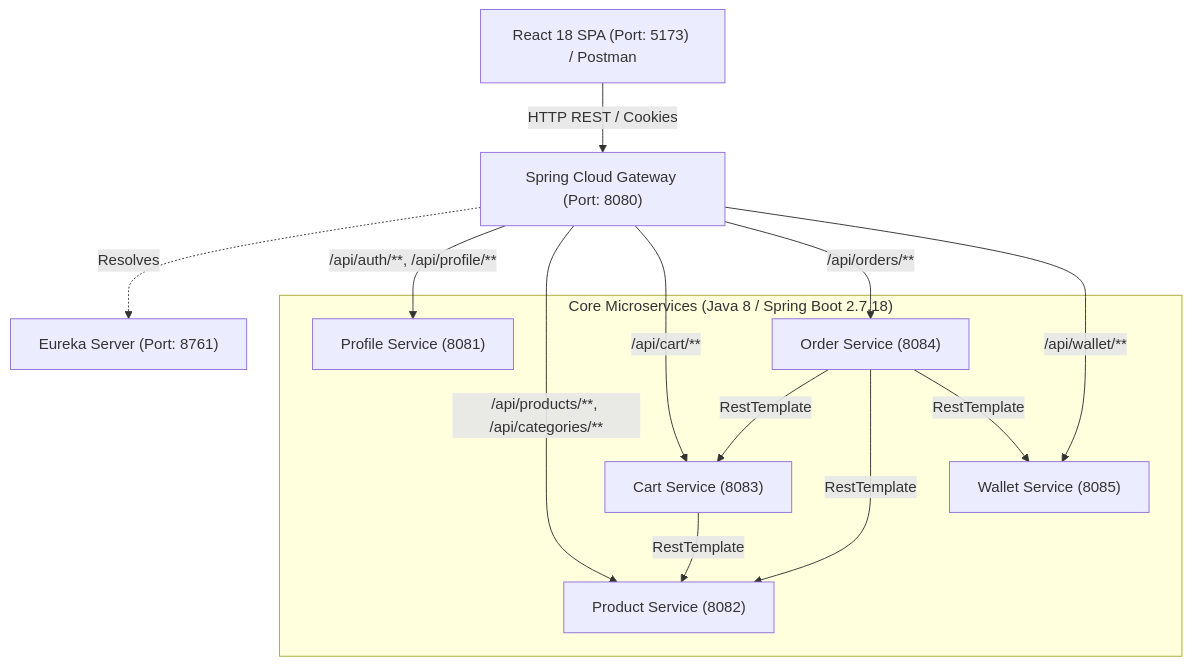
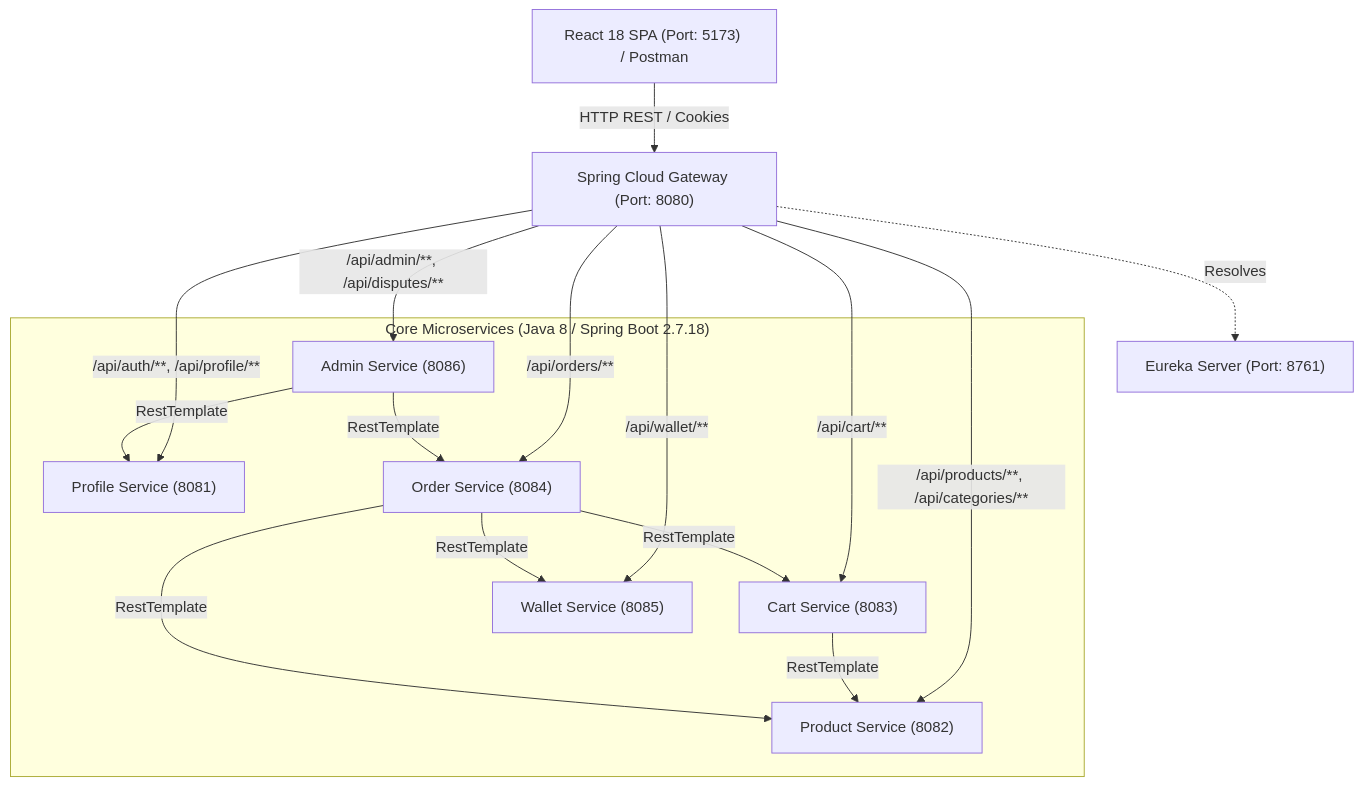
The diagram in README.md (varshinijayaprabhu/E_Shopping_Zone), drawn with Mermaid before and after one commit. The commit also changed other lines of this file and 105 other files, not shown here.

````diff
--- a/README.md
+++ b/README.md
@@ -56,28 +57,32 @@
 ```mermaid
 graph TD
     Client["React 18 SPA (Port: 5173) / Postman"]
     Gateway["Spring Cloud Gateway (Port: 8080)"]
     Eureka["Eureka Server (Port: 8761)"]
 
     Gateway -.->|Resolves| Eureka
 
     subgraph Microservices ["Core Microservices (Java 8 / Spring Boot 2.7.18)"]
         Profile["Profile Service (8081)"]
         Product["Product Service (8082)"]
         Cart["Cart Service (8083)"]
         Order["Order Service (8084)"]
         Wallet["Wallet Service (8085)"]
+        Admin["Admin Service (8086)"]
     end
 
     Client -->|HTTP REST / Cookies| Gateway
     Gateway -->|/api/auth/**, /api/profile/**| Profile
     Gateway -->|/api/products/**, /api/categories/**| Product
     Gateway -->|/api/cart/**| Cart
     Gateway -->|/api/orders/**| Order
     Gateway -->|/api/wallet/**| Wallet
+    Gateway -->|/api/admin/**, /api/disputes/**| Admin
 
     Cart -->|RestTemplate| Product
     Order -->|RestTemplate| Cart
     Order -->|RestTemplate| Product
     Order -->|RestTemplate| Wallet
+    Admin -->|RestTemplate| Profile
+    Admin -->|RestTemplate| Order
 ```
````
